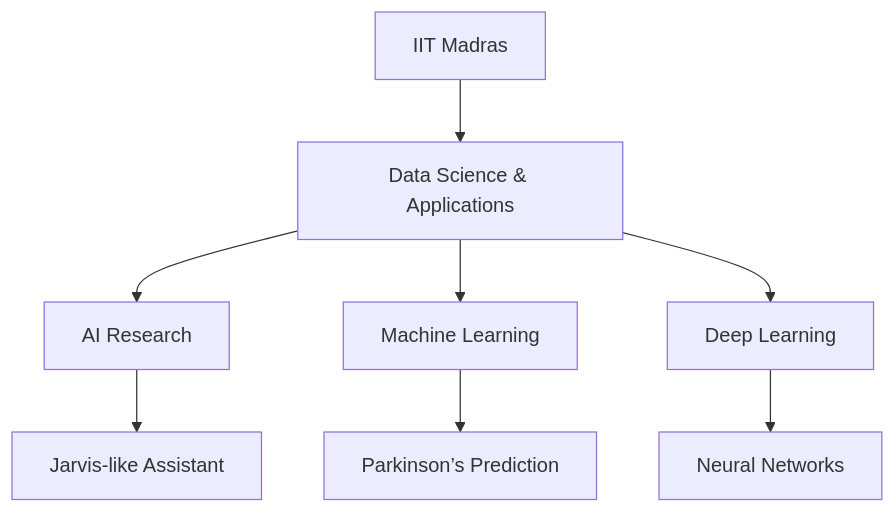
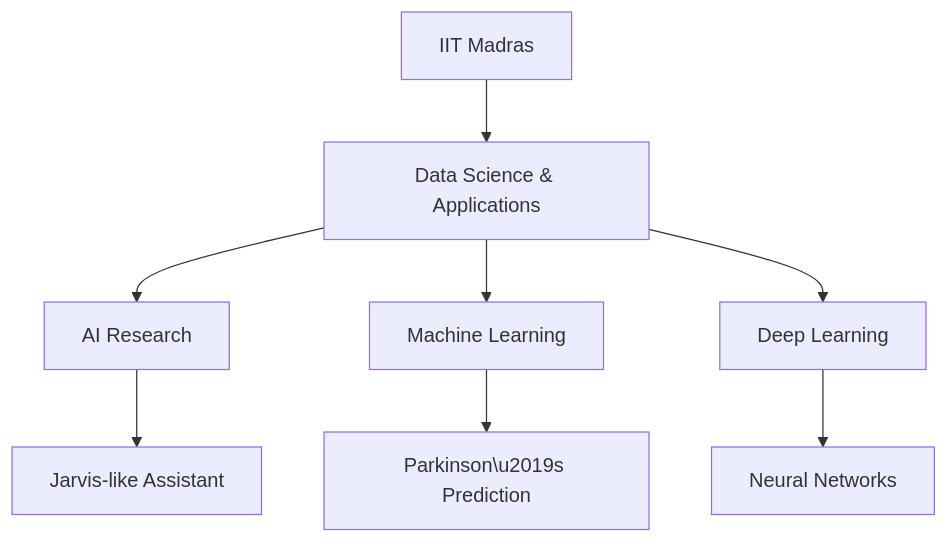
Before and after one commit to shiva-yadav-ds/shiva-yadav-ds: the diagram in README.md, drawn with Mermaid. The commit also changed other lines of this file, not shown here.

````diff
--- a/README.md
+++ b/README.md
@@ -40,10 +44,10 @@
 ```mermaid
 graph TD
     A[IIT Madras] --> B[Data Science & Applications]
     B --> C[AI Research]
     B --> D[Machine Learning]
     B --> E[Deep Learning]
     C --> F[Jarvis-like Assistant]
-    D --> G[Parkinson’s Prediction]
+    D --> G[Parkinson\u2019s Prediction]
     E --> H[Neural Networks]
 ```
````
